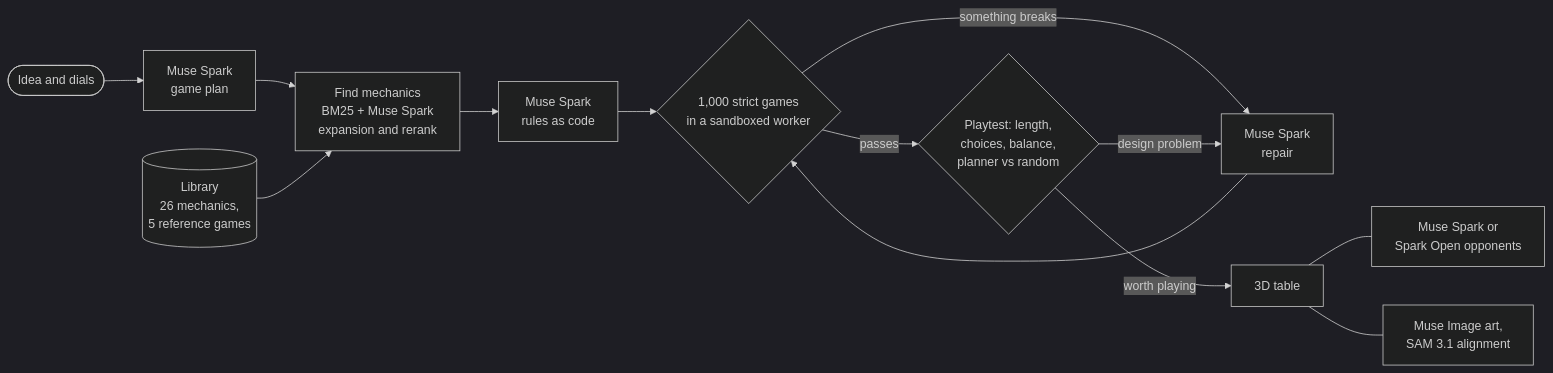
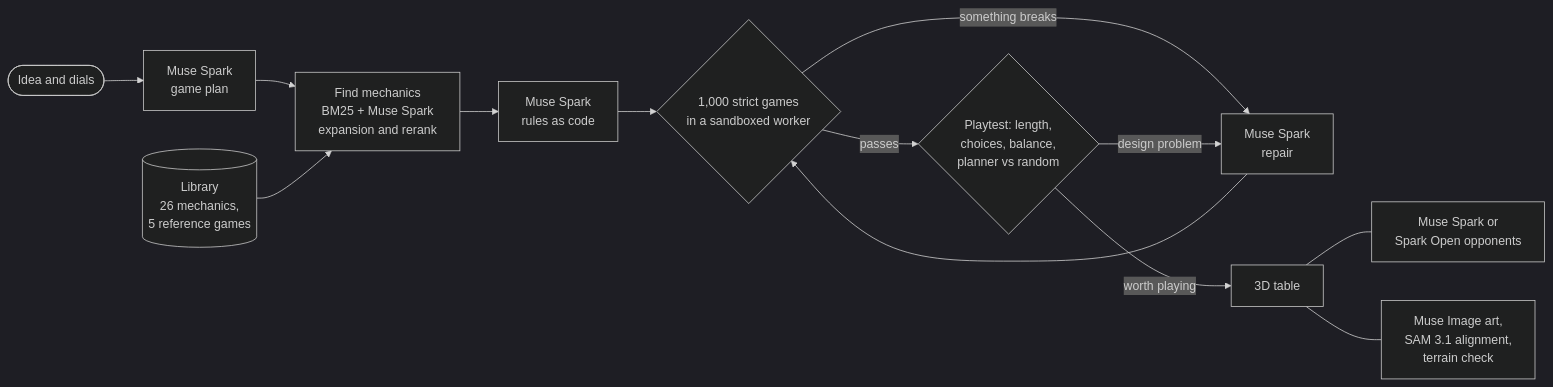
One commit to AnnieQian1212/BoardDream changed the diagram in README.md. Above: the diagram before and after it, drawn with Mermaid (dark theme). The commit also changed other lines of this file, not shown here.

````diff
--- a/README.md
+++ b/README.md
@@ -16,15 +16,15 @@
 ```mermaid
 flowchart LR
   idea([Idea and dials]) --> spec[Muse Spark<br/>game plan]
   spec --> find[Find mechanics<br/>BM25 + Muse Spark<br/>expansion and rerank]
   lib[(Library<br/>26 mechanics,<br/>5 reference games)] --> find
   find --> code[Muse Spark<br/>rules as code]
   code --> fuzz{1,000 strict games<br/>in a sandboxed worker}
   fuzz -- something breaks --> fix[Muse Spark<br/>repair]
   fix --> fuzz
   fuzz -- passes --> test{Playtest: length,<br/>choices, balance,<br/>planner vs random}
   test -- design problem --> fix
   test -- worth playing --> table[3D table]
   table --- opponents[Muse Spark or<br/>Spark Open opponents]
-  table --- art[Muse Image art,<br/>SAM 3.1 alignment]
+  table --- art[Muse Image art,<br/>SAM 3.1 alignment,<br/>terrain check]
 ```
````
